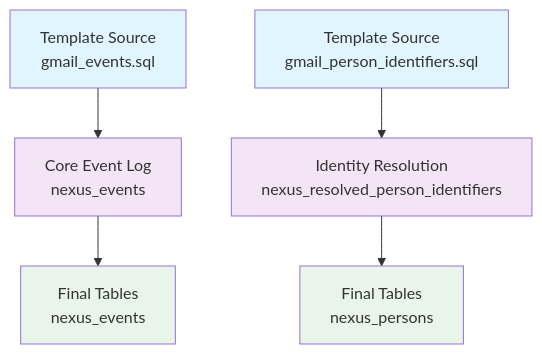
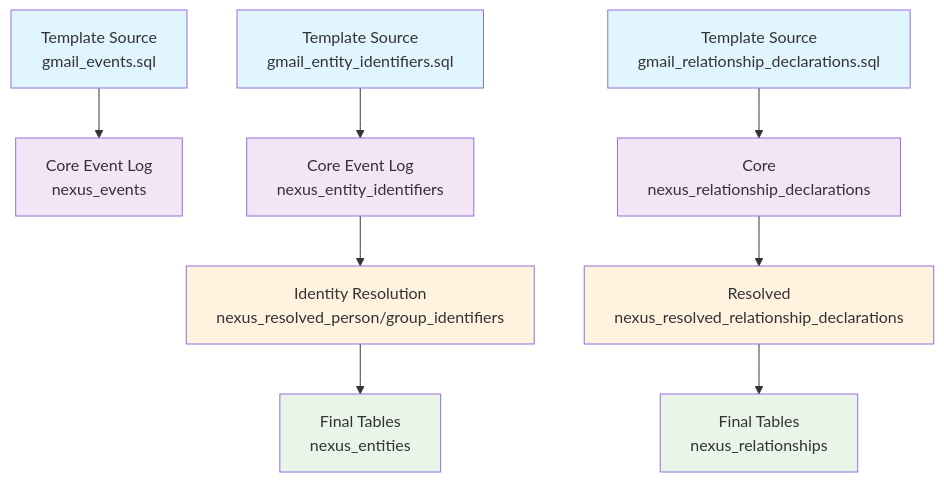
One commit to slide-rule-tech/dbt-nexus changed the diagram in docs/sources/template-sources/index.md. Above: the diagram before and after it, drawn with Mermaid. The commit also changed other lines of this file and 21 other files, not shown here.

````diff
--- a/docs/sources/template-sources/index.md
+++ b/docs/sources/template-sources/index.md
@@ -215,14 +217,21 @@
 ```mermaid
 graph TD
     A[Template Source<br/>gmail_events.sql] --> B[Core Event Log<br/>nexus_events]
-    C[Template Source<br/>gmail_person_identifiers.sql] --> D[Identity Resolution<br/>nexus_resolved_person_identifiers]
-    D --> E[Final Tables<br/>nexus_persons]
-    B --> F[Final Tables<br/>nexus_events]
+    C[Template Source<br/>gmail_entity_identifiers.sql] --> D[Core Event Log<br/>nexus_entity_identifiers]
+    D --> E[Identity Resolution<br/>nexus_resolved_person/group_identifiers]
+    E --> F[Final Tables<br/>nexus_entities]
+    G[Template Source<br/>gmail_relationship_declarations.sql] --> H[Core<br/>nexus_relationship_declarations]
+    H --> I[Resolved<br/>nexus_resolved_relationship_declarations]
+    I --> J[Final Tables<br/>nexus_relationships]
 
     style A fill:#e1f5fe
     style C fill:#e1f5fe
+    style G fill:#e1f5fe
     style B fill:#f3e5f5
     style D fill:#f3e5f5
-    style E fill:#e8f5e8
+    style H fill:#f3e5f5
+    style E fill:#fff3e0
+    style I fill:#fff3e0
     style F fill:#e8f5e8
+    style J fill:#e8f5e8
 ```
````
